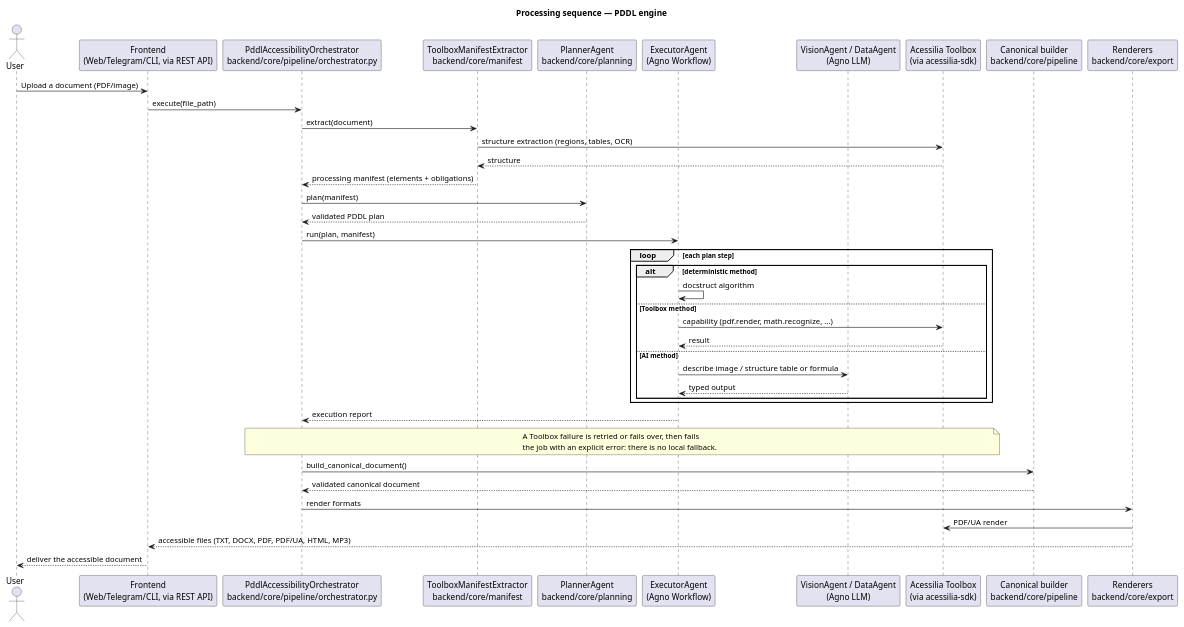
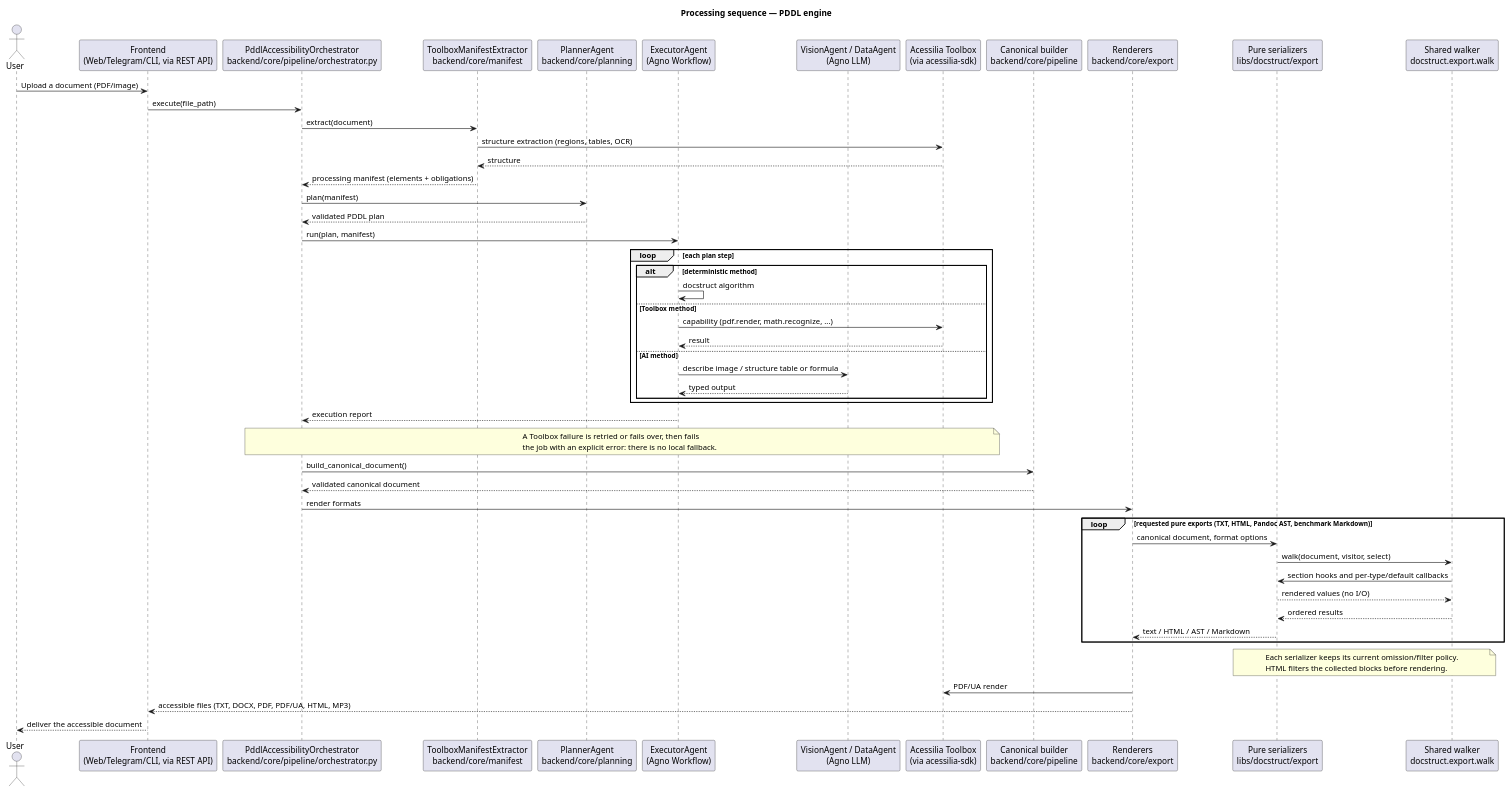
Before and after one commit to A11yDevs/acessilia: the diagram in docs/sequence/document_processing_sequence.puml, drawn with PlantUML. The commit also changed 14 other files, not shown here.

Commit message:
refactor(exports): migrate pure serializers to shared visitors (#371)

```diff
--- a/docs/sequence/document_processing_sequence.puml
+++ b/docs/sequence/document_processing_sequence.puml
@@ -1,55 +1,69 @@
 @startuml document_processing_sequence
 skinparam shadowing false
 
 title Processing sequence — PDDL engine
 
 actor User
 participant "Frontend\n(Web/Telegram/CLI, via REST API)" as Front
 participant "PddlAccessibilityOrchestrator\nbackend/core/pipeline/orchestrator.py" as Orchestrator
 participant "ToolboxManifestExtractor\nbackend/core/manifest" as Manifest
 participant "PlannerAgent\nbackend/core/planning" as Planner
 participant "ExecutorAgent\n(Agno Workflow)" as Executor
 participant "VisionAgent / DataAgent\n(Agno LLM)" as Agents
 participant "Acessilia Toolbox\n(via acessilia-sdk)" as Toolbox
 participant "Canonical builder\nbackend/core/pipeline" as Builder
 participant "Renderers\nbackend/core/export" as Export
+participant "Pure serializers\nlibs/docstruct/export" as PureExport
+participant "Shared walker\ndocstruct.export.walk" as Walker
 
 User -> Front: Upload a document (PDF/image)
 Front -> Orchestrator: execute(file_path)
 
 Orchestrator -> Manifest: extract(document)
 Manifest -> Toolbox: structure extraction (regions, tables, OCR)
 Toolbox --> Manifest: structure
 Manifest --> Orchestrator: processing manifest (elements + obligations)
 
 Orchestrator -> Planner: plan(manifest)
 Planner --> Orchestrator: validated PDDL plan
 
 Orchestrator -> Executor: run(plan, manifest)
 loop each plan step
   alt deterministic method
     Executor -> Executor: docstruct algorithm
   else Toolbox method
     Executor -> Toolbox: capability (pdf.render, math.recognize, ...)
     Toolbox --> Executor: result
   else AI method
     Executor -> Agents: describe image / structure table or formula
     Agents --> Executor: typed output
   end
 end
 Executor --> Orchestrator: execution report
 
 note over Orchestrator, Toolbox
   A Toolbox failure is retried or fails over, then fails
   the job with an explicit error: there is no local fallback.
 end note
 
 Orchestrator -> Builder: build_canonical_document()
 Builder --> Orchestrator: validated canonical document
 
 Orchestrator -> Export: render formats
+loop requested pure exports (TXT, HTML, Pandoc AST, benchmark Markdown)
+  Export -> PureExport: canonical document, format options
+  PureExport -> Walker: walk(document, visitor, select)
+  Walker -> PureExport: section hooks and per-type/default callbacks
+  PureExport --> Walker: rendered values (no I/O)
+  Walker --> PureExport: ordered results
+  PureExport --> Export: text / HTML / AST / Markdown
+end
+note over PureExport, Walker
+  Each serializer keeps its current omission/filter policy.
+  HTML filters the collected blocks before rendering.
+end note
 Export -> Toolbox: PDF/UA render
 Export --> Front: accessible files (TXT, DOCX, PDF, PDF/UA, HTML, MP3)
 Front --> User: deliver the accessible document
 
 @enduml
```
